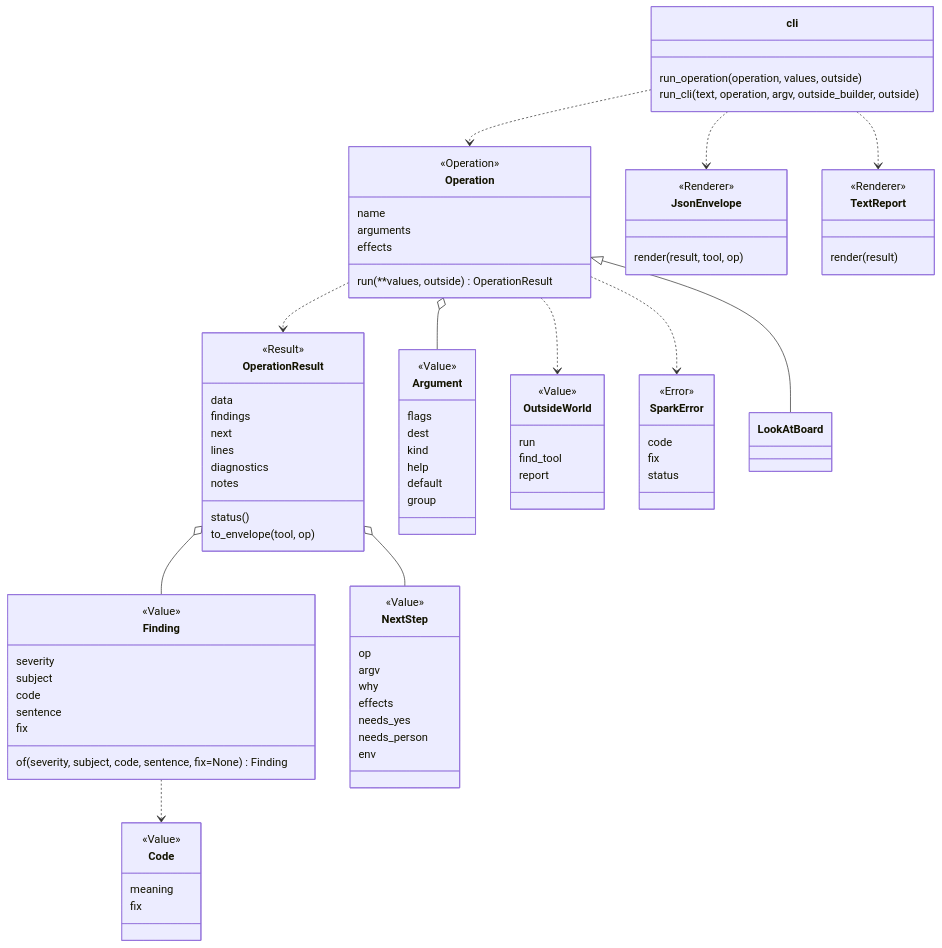
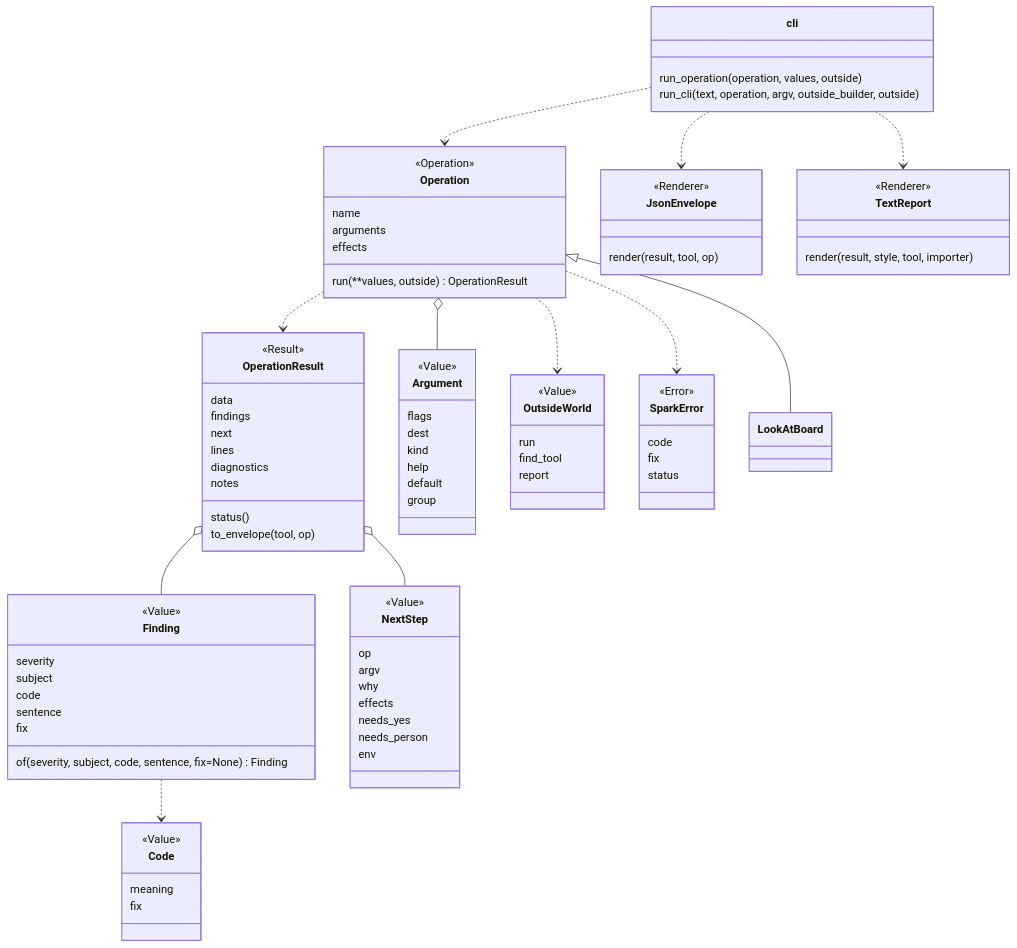
Before and after one commit to xmejkal/spark: the diagram in docs/guide/patterns-and-names.md, drawn with Mermaid. The commit also changed other lines of this file and 7 other files, not shown here.

```diff
--- a/docs/guide/patterns-and-names.md
+++ b/docs/guide/patterns-and-names.md
@@ -152,7 +152,7 @@
   }
   class TextReport {
     <<Renderer>>
-    render(result)
+    render(result, style, tool, importer)
   }
   class cli {
     run_operation(operation, values, outside)
```
